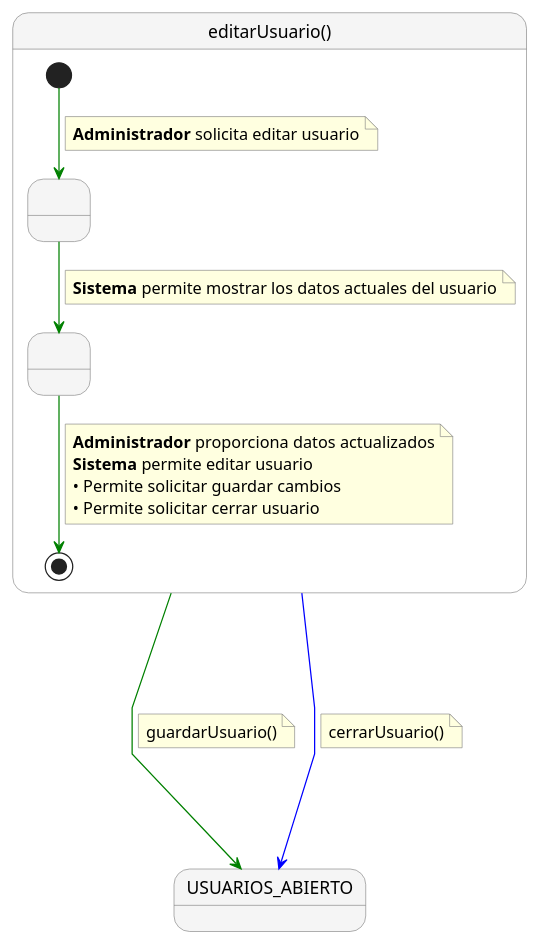
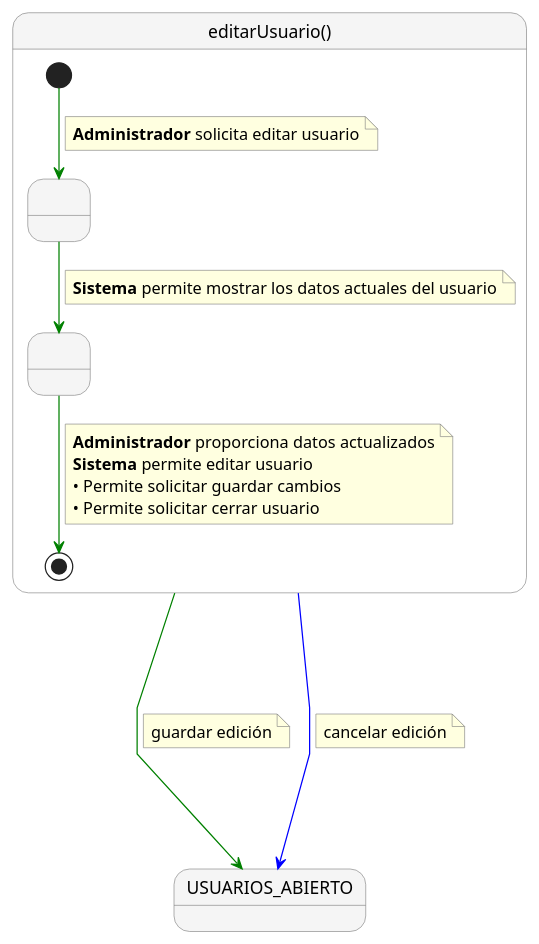
The diagram in documents/CasosDeUso/DetalladoCasosDeUso/Administrador/editarUsuario.puml (enmabry/25-26-IdSw1-SdR), drawn with PlantUML before and after one commit. The commit also changed 5 other files, not shown here.

```diff
--- a/documents/CasosDeUso/DetalladoCasosDeUso/Administrador/editarUsuario.puml
+++ b/documents/CasosDeUso/DetalladoCasosDeUso/Administrador/editarUsuario.puml
@@ -1,47 +1,47 @@
 @startuml
 skinparam nodesep 60
 skinparam ranksep 60
 skinparam linetype polyline
 skinparam NoteBackgroundColor lightyellow
 skinparam NoteBorderColor gray
 skinparam StateBackgroundColor #F5F5F5
 skinparam StateBorderColor gray
 
 state "editarUsuario()" as editarUsuario {
    
     ' Estados anónimos vacíos para simular los pasos
     state " " as Paso1
     state " " as Paso2
    
     [*] -[#green]-> Paso1
     note on link
       <b>Administrador</b> solicita editar usuario
     end note
    
     Paso1 -[#green]-> Paso2
     note on link
       <b>Sistema</b> permite mostrar los datos actuales del usuario
     end note
    
     Paso2 -[#green]-> [*]
     note on link
       <b>Administrador</b> proporciona datos actualizados
       <b>Sistema</b> permite editar usuario
       • Permite solicitar guardar cambios
       • Permite solicitar cerrar usuario
     end note
 }
 
 
 state "USUARIOS_ABIERTO" as USUARIOS_ABIERTO
 
 editarUsuario -[#green]---> USUARIOS_ABIERTO
 note right on link
-  guardarUsuario()
+  guardar edición
 end note
 
 editarUsuario -[#blue]---> USUARIOS_ABIERTO
 note right on link
-  cerrarUsuario()
+  cancelar edición
 end note
 @enduml
```
